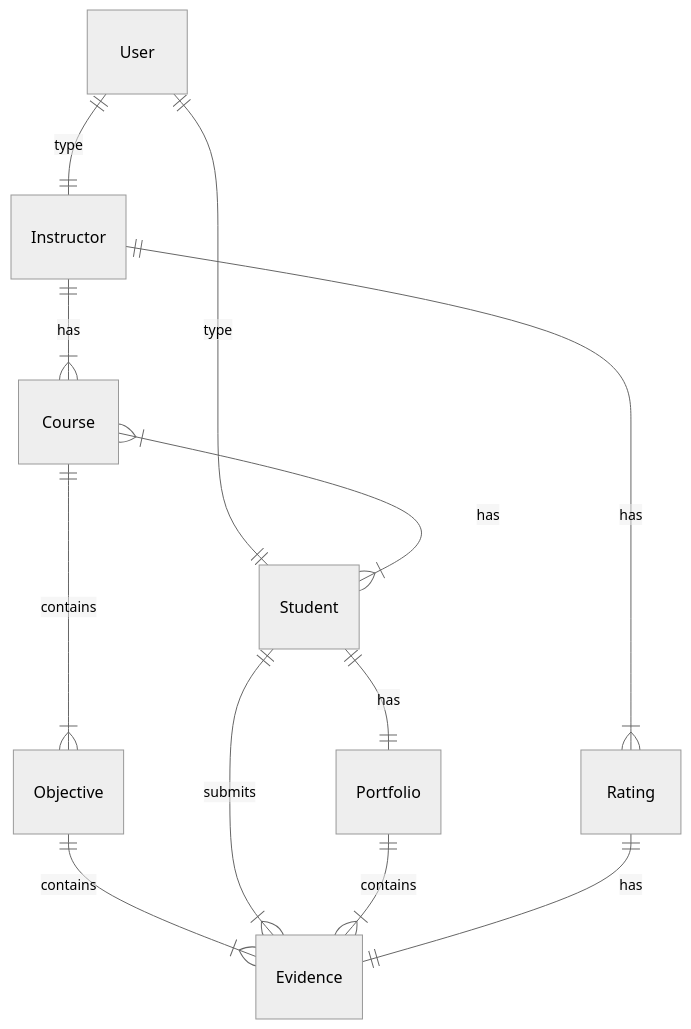
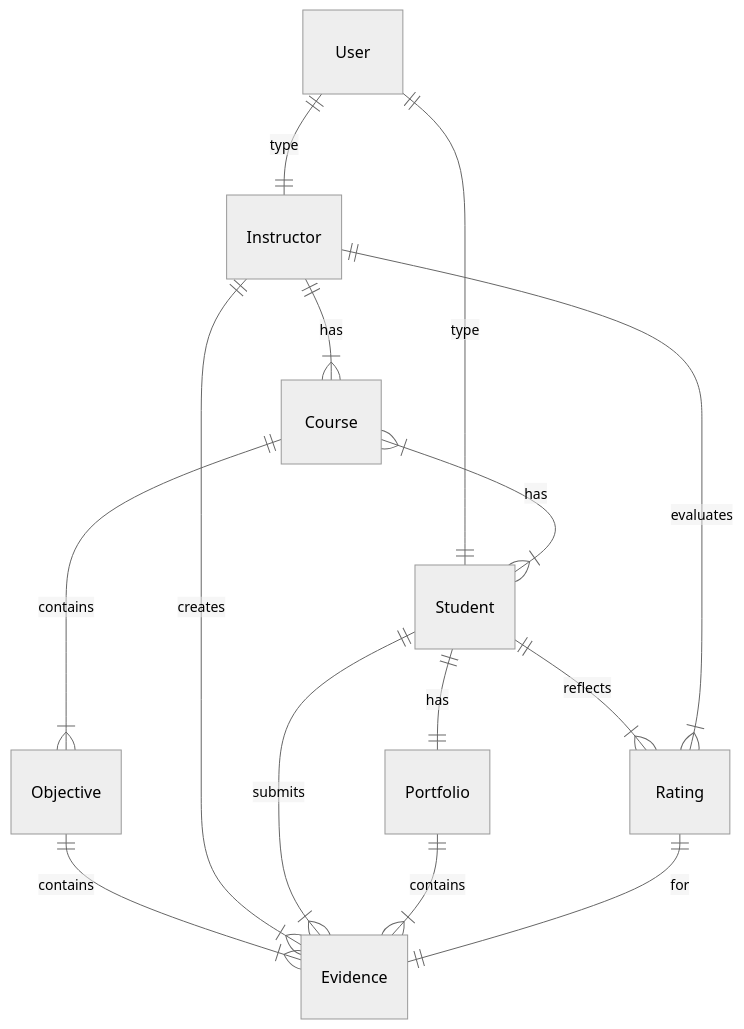
Before and after one commit to gurunate/learning-portrait: the first of 2 diagrams in docs/domain-model.md, drawn with Mermaid (neutral theme). The commit also changed other lines of this file and 3 other files, not shown here.

````diff
--- a/docs/domain-model.md
+++ b/docs/domain-model.md
@@ -15,14 +15,16 @@
 ```mermaid
 erDiagram
     User ||--|| Instructor: type
     User ||--|| Student: type
     Instructor ||--|{ Course: has
     Course  }|--|{ Student: has
     Objective ||--|{ Evidence: contains
     Course ||--|{ Objective : contains
     Student ||--|| Portfolio: has
+    Instructor ||--|{ Evidence: creates
     Student ||--|{ Evidence: submits
     Portfolio ||--|{ Evidence : contains
-    Instructor ||--|{ Rating: has
-    Rating ||--|| Evidence: has
+    Student ||--|{ Rating: reflects
+    Instructor ||--|{ Rating: evaluates
+    Rating ||--|| Evidence: for
 ```
````
